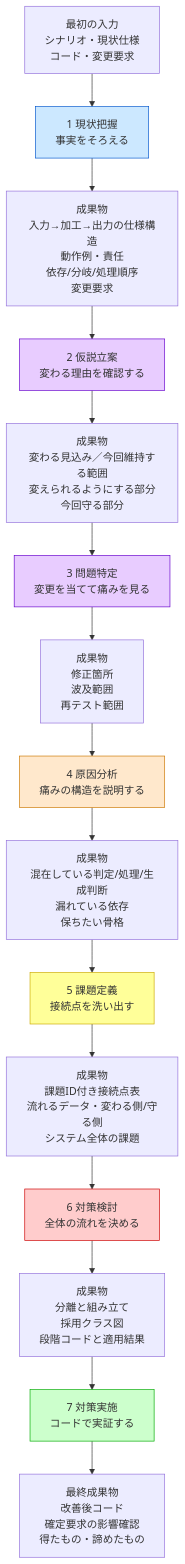
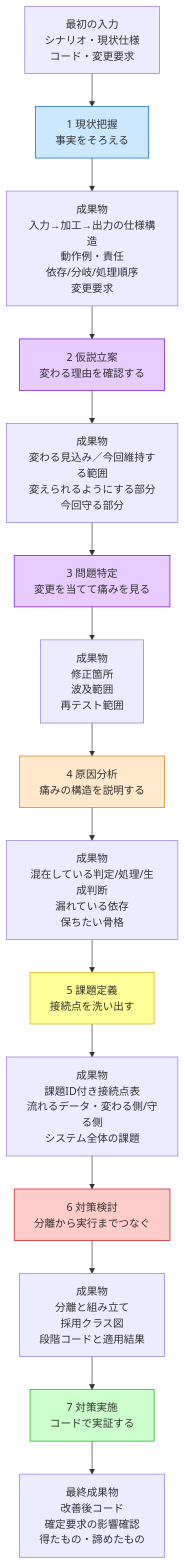
The second of 5 diagrams in kindle/design-patterns/output/chapter00_2.md (kumachan1101-pixel/DesignPattern), drawn with Mermaid before and after one commit. The commit also changed other lines of this file and 34 other files, not shown here.

````diff
--- a/kindle/design-patterns/output/chapter00_2.md
+++ b/kindle/design-patterns/output/chapter00_2.md
@@ -206,41 +179,41 @@
 ```mermaid
 flowchart TB
     I0["最初の入力<br>シナリオ・現状仕様<br>コード・変更要求"]
 
     S1["1 現状把握<br>事実をそろえる"]
     O1["成果物<br>入力→加工→出力の仕様構造<br>動作例・責任<br>依存/分岐/処理順序<br>変更要求"]
 
     S2["2 仮説立案<br>変わる理由を確認する"]
     O2["成果物<br>変わる見込み／今回維持する範囲<br>変えられるようにする部分<br>今回守る部分"]
 
     S3["3 問題特定<br>変更を当てて痛みを見る"]
     O3["成果物<br>修正箇所<br>波及範囲<br>再テスト範囲"]
 
     S4["4 原因分析<br>痛みの構造を説明する"]
     O4["成果物<br>混在している判定/処理/生成判断<br>漏れている依存<br>保ちたい骨格"]
 
     S5["5 課題定義<br>接続点を洗い出す"]
     O5["成果物<br>課題ID付き接続点表<br>流れるデータ・変わる側/守る側<br>システム全体の課題"]
 
-    S6["6 対策検討<br>全体の流れを決める"]
+    S6["6 対策検討<br>分離から実行までつなぐ"]
     O6["成果物<br>分離と組み立て<br>採用クラス図<br>段階コードと適用結果"]
 
     S7["7 対策実施<br>コードで実証する"]
     O7["最終成果物<br>改善後コード<br>確定要求の影響確認<br>得たもの・諦めたもの"]
 
     I0 --> S1 --> O1
     O1 --> S2 --> O2
     O2 --> S3 --> O3
     O3 --> S4 --> O4
     O4 --> S5 --> O5
     O5 --> S6 --> O6
     O6 --> S7 --> O7
 
     style S1 fill:#cce8ff,stroke:#0055cc
     style S2 fill:#e8ccff,stroke:#6600cc
     style S3 fill:#e8ccff,stroke:#6600cc
     style S4 fill:#ffe8cc,stroke:#cc7700
     style S5 fill:#ffff99,stroke:#ccaa00
     style S6 fill:#ffcccc,stroke:#cc0000
     style S7 fill:#ccffcc,stroke:#00aa00
 ```
````
